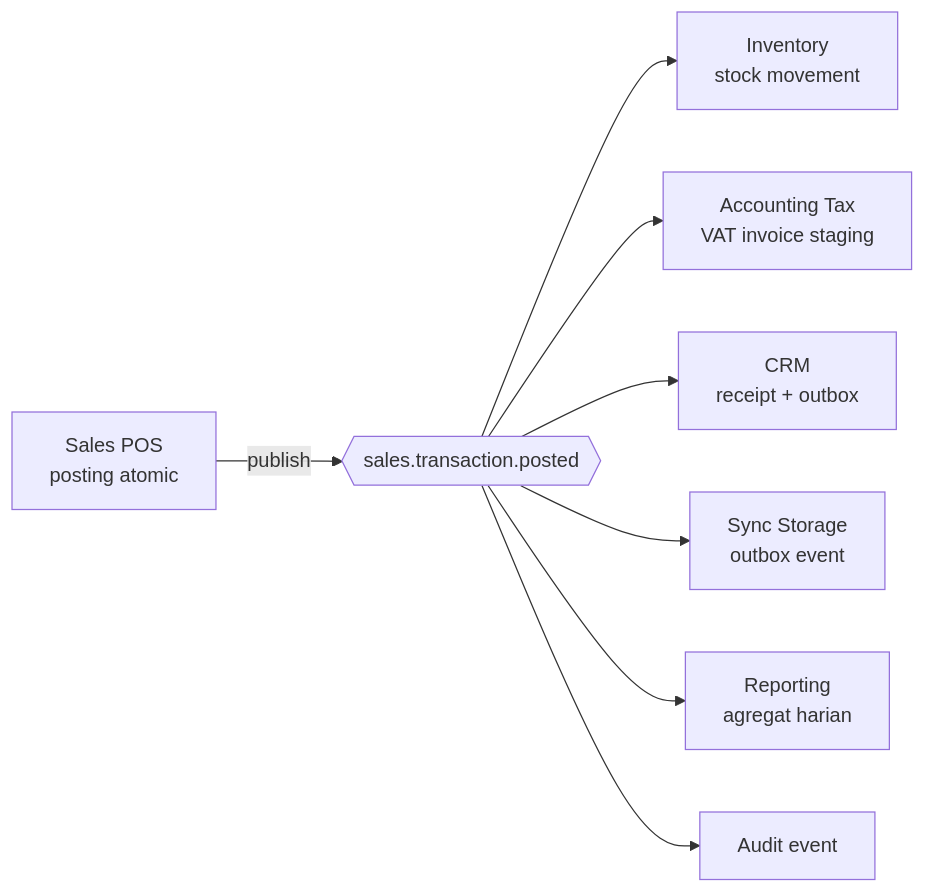
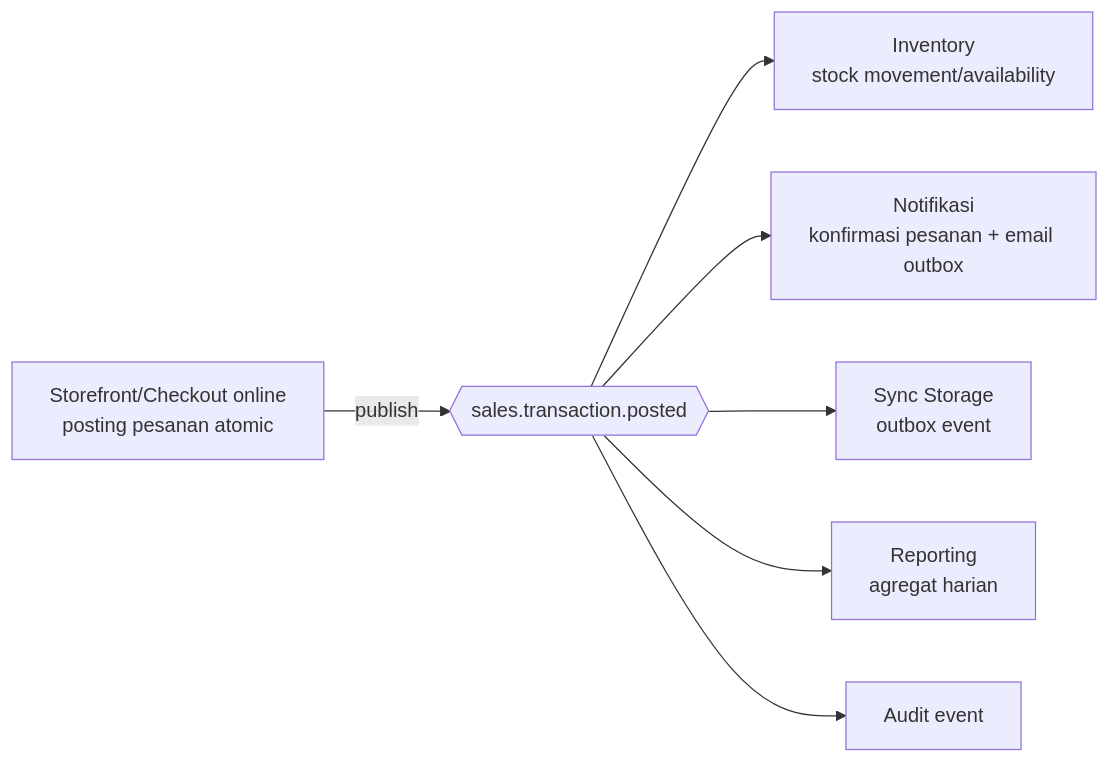
One commit to ahliweb/awcms-micro changed the second of 2 diagrams in docs/awcms-micro/05_openapi_asyncapi_detail.md. Above: the diagram before and after it, drawn with Mermaid. The commit also changed other lines of this file and 24 other files, not shown here.

First line of the commit message:
docs(adr-0034): Round 2 — reframe docs 02–19 running examples from retail/POS to website/online-store (#301)

````diff
--- a/docs/awcms-micro/05_openapi_asyncapi_detail.md
+++ b/docs/awcms-micro/05_openapi_asyncapi_detail.md
@@ -371,10 +342,9 @@
 ```mermaid
 flowchart LR
-  POS[Sales POS<br/>posting atomic] -->|publish| EVT{{sales.transaction.posted}}
-  EVT --> INV[Inventory<br/>stock movement]
-  EVT --> TAX[Accounting Tax<br/>VAT invoice staging]
-  EVT --> CRM[CRM<br/>receipt + outbox]
+  POS[Storefront/Checkout online<br/>posting pesanan atomic] -->|publish| EVT{{sales.transaction.posted}}
+  EVT --> INV[Inventory<br/>stock movement/availability]
+  EVT --> NOTIF[Notifikasi<br/>konfirmasi pesanan + email outbox]
   EVT --> SYNC[Sync Storage<br/>outbox event]
   EVT --> RPT[Reporting<br/>agregat harian]
   EVT --> AUD[Audit event]
 ```
````
